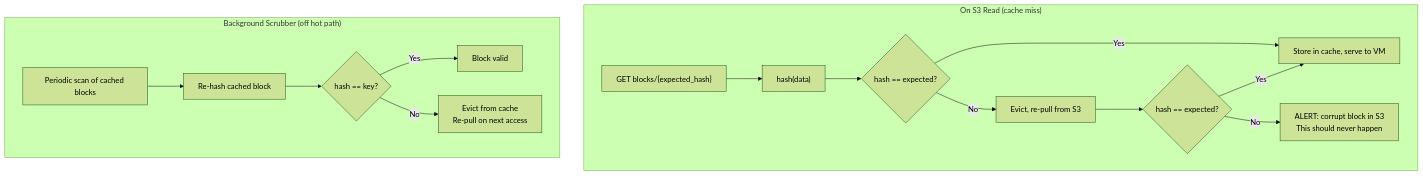
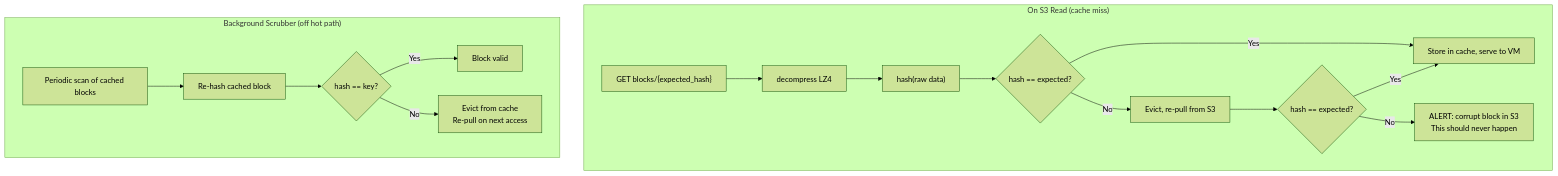
One commit to paraglidehq/glidefs changed diagram 14 of 14 in GLIDEv2.md. Above: the diagram before and after it, drawn with Mermaid (forest theme). The commit also changed other lines of this file, not shown here.

````diff
--- a/GLIDEv2.md
+++ b/GLIDEv2.md
@@ -430,19 +615,20 @@
 ```mermaid
 graph TB
     subgraph "On S3 Read (cache miss)"
-        PULL["GET blocks/{expected_hash}"] --> HASH["hash(data)"]
+        PULL["GET blocks/{expected_hash}"] --> DECOMP["decompress LZ4"]
+        DECOMP --> HASH["hash(raw data)"]
         HASH --> CMP{"hash == expected?"}
         CMP -->|"Yes"| CACHE_STORE["Store in cache, serve to VM"]
         CMP -->|"No"| RETRY["Evict, re-pull from S3"]
         RETRY --> CMP2{"hash == expected?"}
         CMP2 -->|"Yes"| CACHE_STORE
         CMP2 -->|"No"| ALERT["ALERT: corrupt block in S3<br/>This should never happen"]
     end
 
     subgraph "Background Scrubber (off hot path)"
         SCAN["Periodic scan of cached blocks"] --> REHASH["Re-hash cached block"]
         REHASH --> VERIFY{"hash == key?"}
         VERIFY -->|"Yes"| OK["Block valid"]
         VERIFY -->|"No"| EVICT_BAD["Evict from cache<br/>Re-pull on next access"]
     end
 ```
````
